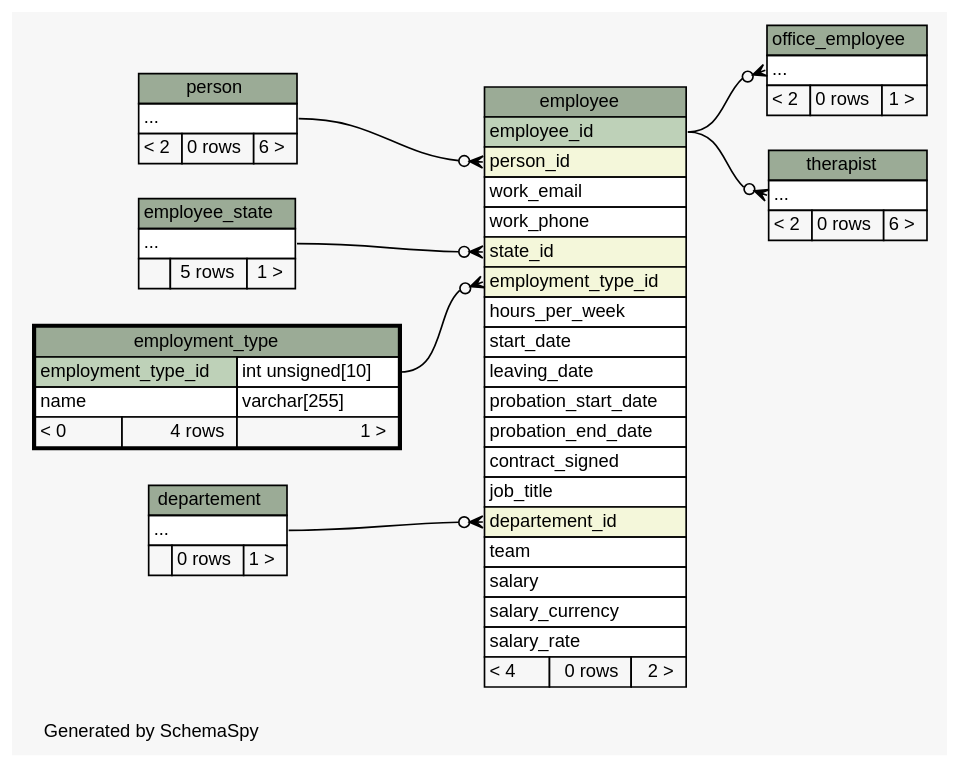
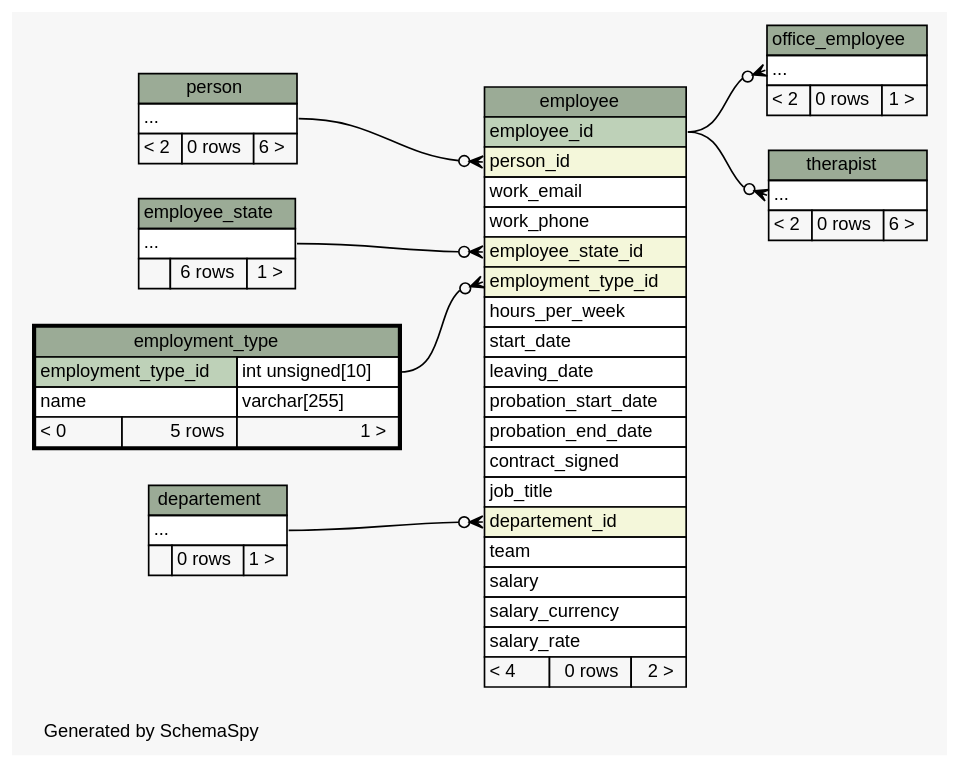
Before and after one commit to KaiBMP/KaiBMP.github.io: the diagram in diagrams/employment_type.2degrees.dot, drawn with Graphviz. The commit also changed 87 other files, not shown here.

Commit message:
schemaspy update

```diff
--- a/diagrams/employment_type.2degrees.dot
+++ b/diagrams/employment_type.2degrees.dot
@@ -1,116 +1,116 @@
 // dot 2.40.1 on Linux 5.3.0-28-generic
 // SchemaSpy rev 590
 digraph "twoDegreesRelationshipsDiagram" {
   graph [
     rankdir="RL"
     bgcolor="#f7f7f7"
     label="\nGenerated by SchemaSpy"
     labeljust="l"
     nodesep="0.18"
     ranksep="0.46"
     fontname="Helvetica"
     fontsize="11"
   ];
   node [
     fontname="Helvetica"
     fontsize="11"
     shape="plaintext"
   ];
   edge [
     arrowsize="0.8"
   ];
   "employee":"departement_id":w -> "departement":"elipses":e [arrowhead=none dir=back arrowtail=crowodot];
+  "employee":"employee_state_id":w -> "employee_state":"elipses":e [arrowhead=none dir=back arrowtail=crowodot];
   "employee":"employment_type_id":w -> "employment_type":"employment_type_id.type":e [arrowhead=none dir=back arrowtail=crowodot];
   "employee":"person_id":w -> "person":"elipses":e [arrowhead=none dir=back arrowtail=crowodot];
-  "employee":"state_id":w -> "employee_state":"elipses":e [arrowhead=none dir=back arrowtail=crowodot];
   "office_employee":"elipses":w -> "employee":"employee_id":e [arrowhead=none dir=back arrowtail=crowodot];
   "therapist":"elipses":w -> "employee":"employee_id":e [arrowhead=none dir=back arrowtail=crowodot];
   "departement" [
     label=<
     <TABLE BORDER="0" CELLBORDER="1" CELLSPACING="0" BGCOLOR="#ffffff">
       <TR><TD COLSPAN="3" BGCOLOR="#9bab96" ALIGN="CENTER">departement</TD></TR>
       <TR><TD PORT="elipses" COLSPAN="3" ALIGN="LEFT">...</TD></TR>
       <TR><TD ALIGN="LEFT" BGCOLOR="#f7f7f7">  </TD><TD ALIGN="RIGHT" BGCOLOR="#f7f7f7">0 rows</TD><TD ALIGN="RIGHT" BGCOLOR="#f7f7f7">1 &gt;</TD></TR>
     </TABLE>>
     URL="departement.html"
     tooltip="departement"
   ];
   "employee" [
     label=<
     <TABLE BORDER="0" CELLBORDER="1" CELLSPACING="0" BGCOLOR="#ffffff">
       <TR><TD COLSPAN="3" BGCOLOR="#9bab96" ALIGN="CENTER">employee</TD></TR>
       <TR><TD PORT="employee_id" COLSPAN="3" BGCOLOR="#bed1b8" ALIGN="LEFT">employee_id</TD></TR>
       <TR><TD PORT="person_id" COLSPAN="3" BGCOLOR="#f4f7da" ALIGN="LEFT">person_id</TD></TR>
       <TR><TD PORT="work_email" COLSPAN="3" ALIGN="LEFT">work_email</TD></TR>
       <TR><TD PORT="work_phone" COLSPAN="3" ALIGN="LEFT">work_phone</TD></TR>
-      <TR><TD PORT="state_id" COLSPAN="3" BGCOLOR="#f4f7da" ALIGN="LEFT">state_id</TD></TR>
+      <TR><TD PORT="employee_state_id" COLSPAN="3" BGCOLOR="#f4f7da" ALIGN="LEFT">employee_state_id</TD></TR>
       <TR><TD PORT="employment_type_id" COLSPAN="3" BGCOLOR="#f4f7da" ALIGN="LEFT">employment_type_id</TD></TR>
       <TR><TD PORT="hours_per_week" COLSPAN="3" ALIGN="LEFT">hours_per_week</TD></TR>
       <TR><TD PORT="start_date" COLSPAN="3" ALIGN="LEFT">start_date</TD></TR>
       <TR><TD PORT="leaving_date" COLSPAN="3" ALIGN="LEFT">leaving_date</TD></TR>
       <TR><TD PORT="probation_start_date" COLSPAN="3" ALIGN="LEFT">probation_start_date</TD></TR>
       <TR><TD PORT="probation_end_date" COLSPAN="3" ALIGN="LEFT">probation_end_date</TD></TR>
       <TR><TD PORT="contract_signed" COLSPAN="3" ALIGN="LEFT">contract_signed</TD></TR>
       <TR><TD PORT="job_title" COLSPAN="3" ALIGN="LEFT">job_title</TD></TR>
       <TR><TD PORT="departement_id" COLSPAN="3" BGCOLOR="#f4f7da" ALIGN="LEFT">departement_id</TD></TR>
       <TR><TD PORT="team" COLSPAN="3" ALIGN="LEFT">team</TD></TR>
       <TR><TD PORT="salary" COLSPAN="3" ALIGN="LEFT">salary</TD></TR>
       <TR><TD PORT="salary_currency" COLSPAN="3" ALIGN="LEFT">salary_currency</TD></TR>
       <TR><TD PORT="salary_rate" COLSPAN="3" ALIGN="LEFT">salary_rate</TD></TR>
       <TR><TD ALIGN="LEFT" BGCOLOR="#f7f7f7">&lt; 4</TD><TD ALIGN="RIGHT" BGCOLOR="#f7f7f7">0 rows</TD><TD ALIGN="RIGHT" BGCOLOR="#f7f7f7">2 &gt;</TD></TR>
     </TABLE>>
     URL="employee.html"
     tooltip="employee"
   ];
   "employee_state" [
     label=<
     <TABLE BORDER="0" CELLBORDER="1" CELLSPACING="0" BGCOLOR="#ffffff">
       <TR><TD COLSPAN="3" BGCOLOR="#9bab96" ALIGN="CENTER">employee_state</TD></TR>
       <TR><TD PORT="elipses" COLSPAN="3" ALIGN="LEFT">...</TD></TR>
-      <TR><TD ALIGN="LEFT" BGCOLOR="#f7f7f7">  </TD><TD ALIGN="RIGHT" BGCOLOR="#f7f7f7">5 rows</TD><TD ALIGN="RIGHT" BGCOLOR="#f7f7f7">1 &gt;</TD></TR>
+      <TR><TD ALIGN="LEFT" BGCOLOR="#f7f7f7">  </TD><TD ALIGN="RIGHT" BGCOLOR="#f7f7f7">6 rows</TD><TD ALIGN="RIGHT" BGCOLOR="#f7f7f7">1 &gt;</TD></TR>
     </TABLE>>
     URL="employee_state.html"
     tooltip="employee_state"
   ];
   "employment_type" [
     label=<
     <TABLE BORDER="2" CELLBORDER="1" CELLSPACING="0" BGCOLOR="#ffffff">
       <TR><TD COLSPAN="3" BGCOLOR="#9bab96" ALIGN="CENTER">employment_type</TD></TR>
       <TR><TD PORT="employment_type_id" COLSPAN="2" BGCOLOR="#bed1b8" ALIGN="LEFT">employment_type_id</TD><TD PORT="employment_type_id.type" ALIGN="LEFT">int unsigned[10]</TD></TR>
       <TR><TD PORT="name" COLSPAN="2" ALIGN="LEFT">name</TD><TD PORT="name.type" ALIGN="LEFT">varchar[255]</TD></TR>
-      <TR><TD ALIGN="LEFT" BGCOLOR="#f7f7f7">&lt; 0</TD><TD ALIGN="RIGHT" BGCOLOR="#f7f7f7">4 rows</TD><TD ALIGN="RIGHT" BGCOLOR="#f7f7f7">1 &gt;</TD></TR>
+      <TR><TD ALIGN="LEFT" BGCOLOR="#f7f7f7">&lt; 0</TD><TD ALIGN="RIGHT" BGCOLOR="#f7f7f7">5 rows</TD><TD ALIGN="RIGHT" BGCOLOR="#f7f7f7">1 &gt;</TD></TR>
     </TABLE>>
     URL="employment_type.html"
     tooltip="employment_type"
   ];
   "office_employee" [
     label=<
     <TABLE BORDER="0" CELLBORDER="1" CELLSPACING="0" BGCOLOR="#ffffff">
       <TR><TD COLSPAN="3" BGCOLOR="#9bab96" ALIGN="CENTER">office_employee</TD></TR>
       <TR><TD PORT="elipses" COLSPAN="3" ALIGN="LEFT">...</TD></TR>
       <TR><TD ALIGN="LEFT" BGCOLOR="#f7f7f7">&lt; 2</TD><TD ALIGN="RIGHT" BGCOLOR="#f7f7f7">0 rows</TD><TD ALIGN="RIGHT" BGCOLOR="#f7f7f7">1 &gt;</TD></TR>
     </TABLE>>
     URL="office_employee.html"
     tooltip="office_employee"
   ];
   "person" [
     label=<
     <TABLE BORDER="0" CELLBORDER="1" CELLSPACING="0" BGCOLOR="#ffffff">
       <TR><TD COLSPAN="3" BGCOLOR="#9bab96" ALIGN="CENTER">person</TD></TR>
       <TR><TD PORT="elipses" COLSPAN="3" ALIGN="LEFT">...</TD></TR>
       <TR><TD ALIGN="LEFT" BGCOLOR="#f7f7f7">&lt; 2</TD><TD ALIGN="RIGHT" BGCOLOR="#f7f7f7">0 rows</TD><TD ALIGN="RIGHT" BGCOLOR="#f7f7f7">6 &gt;</TD></TR>
     </TABLE>>
     URL="person.html"
     tooltip="person"
   ];
   "therapist" [
     label=<
     <TABLE BORDER="0" CELLBORDER="1" CELLSPACING="0" BGCOLOR="#ffffff">
       <TR><TD COLSPAN="3" BGCOLOR="#9bab96" ALIGN="CENTER">therapist</TD></TR>
       <TR><TD PORT="elipses" COLSPAN="3" ALIGN="LEFT">...</TD></TR>
       <TR><TD ALIGN="LEFT" BGCOLOR="#f7f7f7">&lt; 2</TD><TD ALIGN="RIGHT" BGCOLOR="#f7f7f7">0 rows</TD><TD ALIGN="RIGHT" BGCOLOR="#f7f7f7">6 &gt;</TD></TR>
     </TABLE>>
     URL="therapist.html"
     tooltip="therapist"
   ];
 }
```
